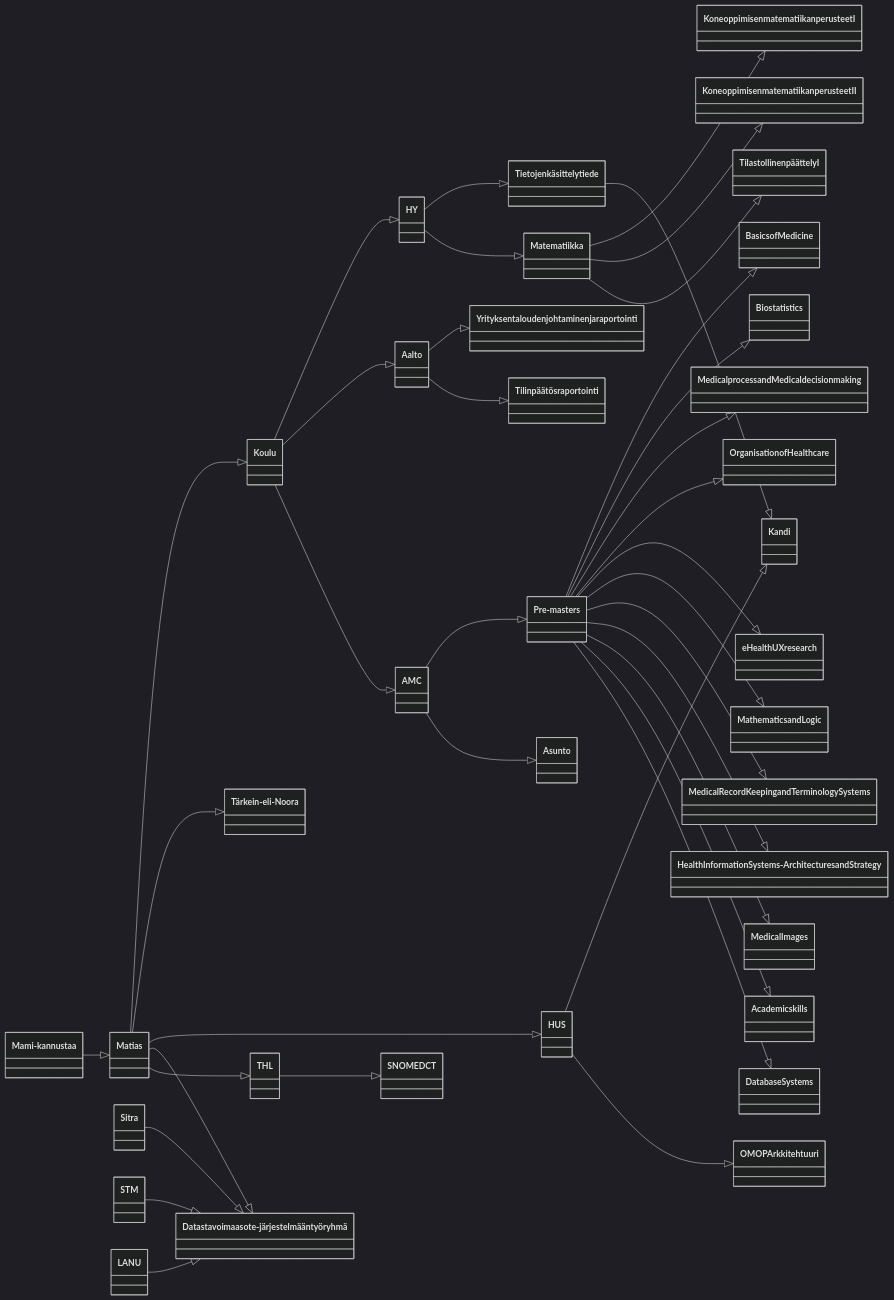
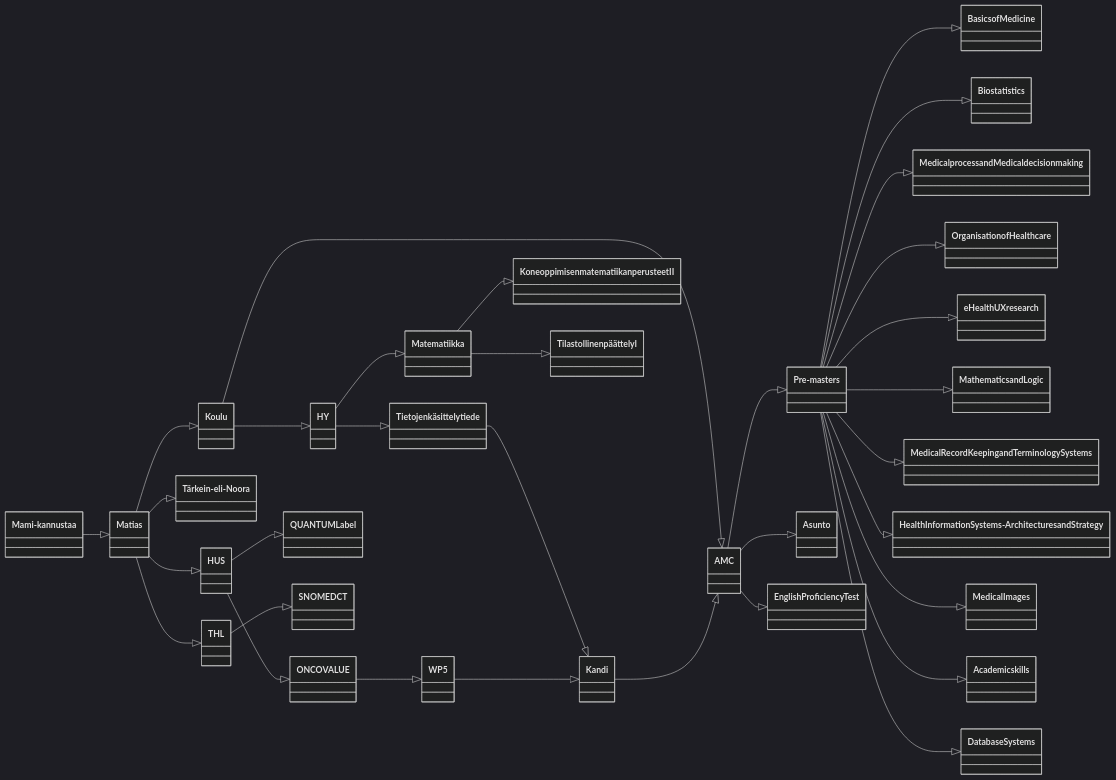
One commit to peetekee/SNOMED-CT-PAT-FI-EN changed the diagram in README.md. Above: the diagram before and after it, drawn with Mermaid (dark theme). The commit also changed 1 other file, not shown here.

Commit message:
feat: init new_term functionality

````diff
--- a/README.md
+++ b/README.md
@@ -59,40 +59,36 @@
 ```mermaid
     classDiagram
     direction LR
     Matias --|> Koulu
     Matias --|> Tärkein-eli-Noora
     Koulu --|> HY
-    Koulu --|> Aalto
     HY --|> Tietojenkäsittelytiede
     HY --|> Matematiikka
     Tietojenkäsittelytiede --|> Kandi
-    Matematiikka --|> Koneoppimisen matematiikan perusteet I
     Matematiikka --|> Koneoppimisen matematiikan perusteet II
     Matematiikka --|> Tilastollinen päättely I
-    Aalto --|> Yrityksen talouden johtaminen ja raportointi
-    Aalto --|> Tilinpäätösraportointi
     Matias --|> HUS
-    HUS --|> Kandi
-    HUS --|> OMOP Arkkitehtuuri
-    Matias --|> Datasta voimaa sote-järjestelmään työryhmä
-    Sitra --|> Datasta voimaa sote-järjestelmään työryhmä
-    STM --|> Datasta voimaa sote-järjestelmään työryhmä
-    LANU --|> Datasta voimaa sote-järjestelmään työryhmä
+    HUS --|> ONCOVALUE
+    ONCOVALUE --|> WP5
+    WP5 --|> Kandi
+    HUS --|> QUANTUM Label
     Koulu --|> AMC
+    Kandi --|> AMC
     AMC --|> Pre-masters
     AMC --|> Asunto
+    AMC --|> English Proficiency Test
     Pre-masters --|> Basics of Medicine
     Pre-masters --|> Biostatistics
     Pre-masters --|> Medical process and Medical decision making
     Pre-masters --|> Organisation of Healthcare
     Pre-masters --|> eHealth UX research 
     Pre-masters --|> Mathematics and Logic
     Pre-masters --|> Medical Record Keeping and Terminology Systems
     Pre-masters --|> Health Information Systems - Architectures and Strategy
     Pre-masters --|> Medical Images
     Pre-masters --|> Academic skills
     Pre-masters --|> Database Systems
     Matias --|> THL
     THL --|> SNOMED CT
     Mami-kannustaa --|> Matias
 ```
````
